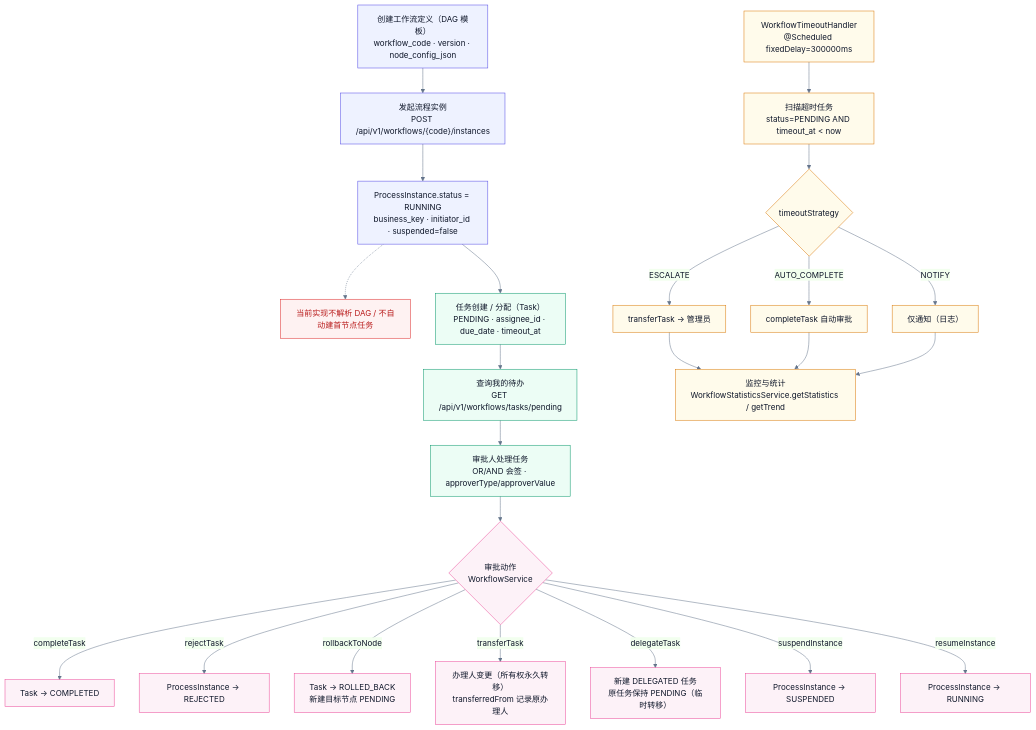
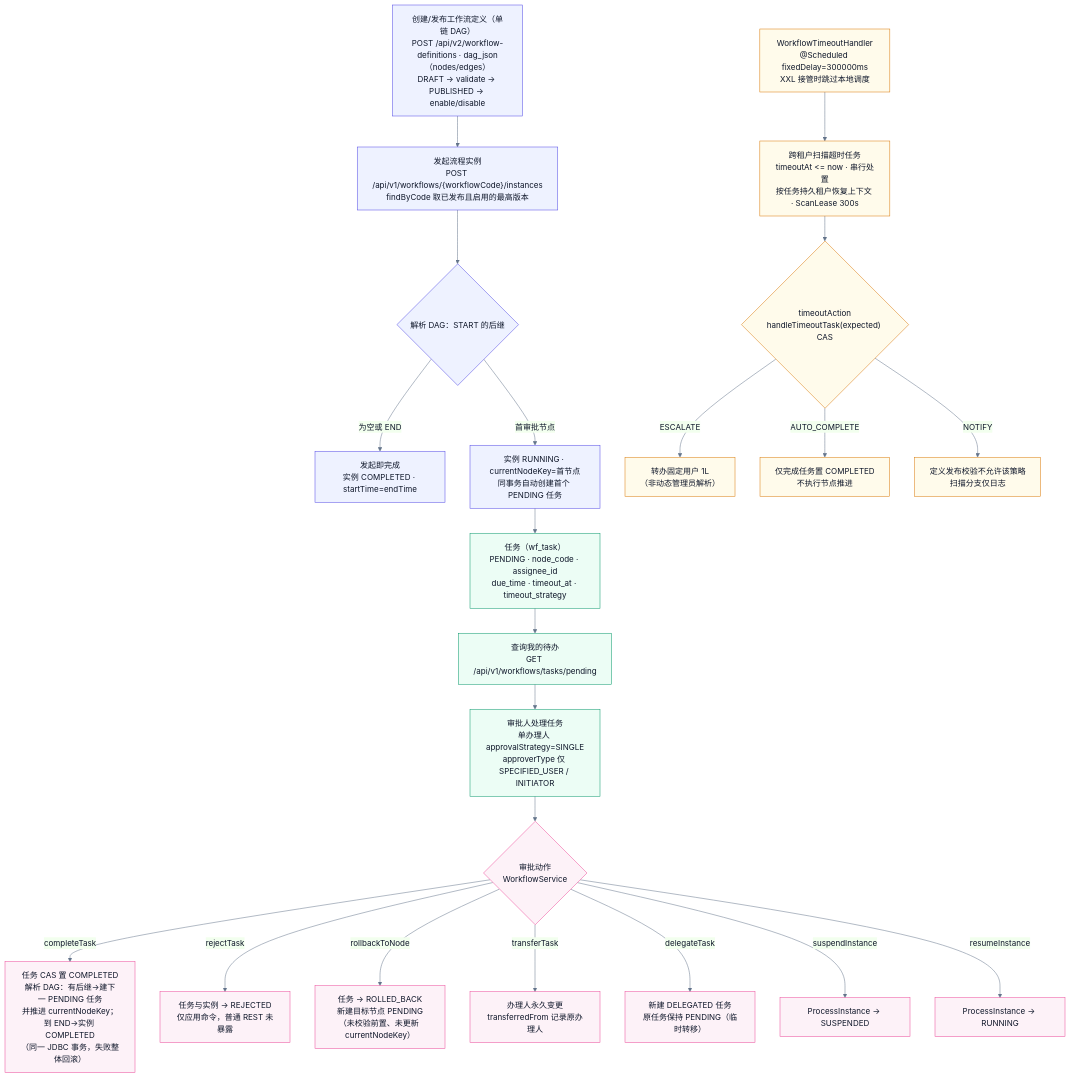
The diagram in docs/diagrams/115_flow_workflow_approval.mmd (apex-cloud-service/apex-scaffold), drawn with Mermaid before and after one commit. The commit also changed 69 other files, not shown here.

First line of the commit message:
fix(deploy): 修正 Compose 启动配置并同步架构图表与项目记录

```diff
--- a/docs/diagrams/115_flow_workflow_approval.mmd
+++ b/docs/diagrams/115_flow_workflow_approval.mmd
@@ -1,40 +1,35 @@
 %%{init: {'theme':'base', 'themeVariables': {'primaryColor':'#eef2ff','primaryTextColor':'#0f172a','primaryBorderColor':'#4f46e5','lineColor':'#64748b','fontFamily':'sans-serif'}}}%%
 flowchart TD
-    A["创建工作流定义（DAG 模板）<br/>workflow_code · version · node_config_json"] --> B["发起流程实例<br/>POST /api/v1/workflows/{code}/instances"]
-    B --> C["ProcessInstance.status = RUNNING<br/>business_key · initiator_id · suspended=false"]
-    C -.-> D["当前实现不解析 DAG / 不自动建首节点任务"]
-
-    C --> E["任务创建 / 分配（Task）<br/>PENDING · assignee_id · due_date · timeout_at"]
+    A["创建/发布工作流定义（单链 DAG）<br/>POST /api/v2/workflow-definitions · dag_json（nodes/edges）<br/>DRAFT → validate → PUBLISHED → enable/disable"] --> B["发起流程实例<br/>POST /api/v1/workflows/{workflowCode}/instances<br/>findByCode 取已发布且启用的最高版本"]
+    B --> C{"解析 DAG：START 的后继"}
+    C -->|"为空或 END"| C1["发起即完成<br/>实例 COMPLETED · startTime=endTime"]
+    C -->|"首审批节点"| D["实例 RUNNING · currentNodeKey=首节点<br/>同事务自动创建首个 PENDING 任务"]
+    D --> E["任务（wf_task）<br/>PENDING · node_code · assignee_id<br/>due_time · timeout_at · timeout_strategy"]
     E --> F["查询我的待办<br/>GET /api/v1/workflows/tasks/pending"]
-    F --> G["审批人处理任务<br/>OR/AND 会签 · approverType/approverValue"]
+    F --> G["审批人处理任务<br/>单办理人 approvalStrategy=SINGLE<br/>approverType 仅 SPECIFIED_USER / INITIATOR"]
     G --> H{"审批动作<br/>WorkflowService"}
 
-    H -->|completeTask| I["Task → COMPLETED"]
-    H -->|rejectTask| J["ProcessInstance → REJECTED"]
-    H -->|rollbackToNode| K["Task → ROLLED_BACK<br/>新建目标节点 PENDING"]
-    H -->|transferTask| L["办理人变更（所有权永久转移）<br/>transferredFrom 记录原办理人"]
+    H -->|completeTask| I["任务 CAS 置 COMPLETED<br/>解析 DAG：有后继→建下一 PENDING 任务<br/>并推进 currentNodeKey；到 END→实例 COMPLETED<br/>（同一 JDBC 事务，失败整体回滚）"]
+    H -->|rejectTask| J["任务与实例 → REJECTED<br/>仅应用命令，普通 REST 未暴露"]
+    H -->|rollbackToNode| K["任务 → ROLLED_BACK<br/>新建目标节点 PENDING<br/>（未校验前置、未更新 currentNodeKey）"]
+    H -->|transferTask| L["办理人永久变更<br/>transferredFrom 记录原办理人"]
     H -->|delegateTask| M["新建 DELEGATED 任务<br/>原任务保持 PENDING（临时转移）"]
     H -->|suspendInstance| N["ProcessInstance → SUSPENDED"]
     H -->|resumeInstance| O["ProcessInstance → RUNNING"]
 
-    P["WorkflowTimeoutHandler<br/>@Scheduled fixedDelay=300000ms"] --> Q["扫描超时任务<br/>status=PENDING AND timeout_at &lt; now"]
-    Q --> R{"timeoutStrategy"}
-    R -->|ESCALATE| S["transferTask → 管理员"]
-    R -->|AUTO_COMPLETE| T["completeTask 自动审批"]
-    R -->|NOTIFY| U["仅通知（日志）"]
-
-    S --> V["监控与统计<br/>WorkflowStatisticsService.getStatistics / getTrend"]
-    T --> V
-    U --> V
+    P["WorkflowTimeoutHandler<br/>@Scheduled fixedDelay=300000ms<br/>XXL 接管时跳过本地调度"] --> Q["跨租户扫描超时任务<br/>timeoutAt &lt;= now · 串行处置<br/>按任务持久租户恢复上下文 · ScanLease 300s"]
+    Q --> R{"timeoutAction<br/>handleTimeoutTask(expected) CAS"}
+    R -->|ESCALATE| S["转办固定用户 1L<br/>（非动态管理员解析）"]
+    R -->|AUTO_COMPLETE| T["仅完成任务置 COMPLETED<br/>不执行节点推进"]
+    R -->|NOTIFY| U["定义发布校验不允许该策略<br/>扫描分支仅日志"]
 
     classDef def fill:#eef2ff,stroke:#4f46e5,color:#0f172a;
     classDef task fill:#ecfdf5,stroke:#059669,color:#0f172a;
     classDef cmd fill:#fdf2f8,stroke:#ec4899,color:#0f172a;
     classDef st fill:#eff6ff,stroke:#3b82f6,color:#0f172a;
-    classDef warn fill:#fef2f2,stroke:#dc2626,color:#b91c1c;
+    classDef warn fill:#fffbeb,stroke:#d97706,color:#0f172a;
     classDef to fill:#fffbeb,stroke:#d97706,color:#0f172a;
-    class A,B,C def;
+    class A,B,C,C1,D def;
     class E,F,G task;
     class H,I,J,K,L,M,N,O cmd;
-    class D warn;
-    class P,Q,R,S,T,U,V to;
+    class P,Q,R,S,T,U to;
```
